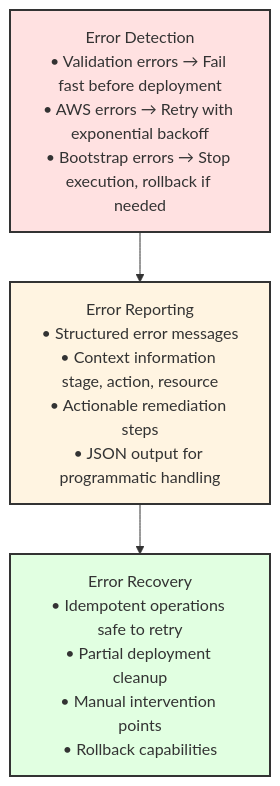
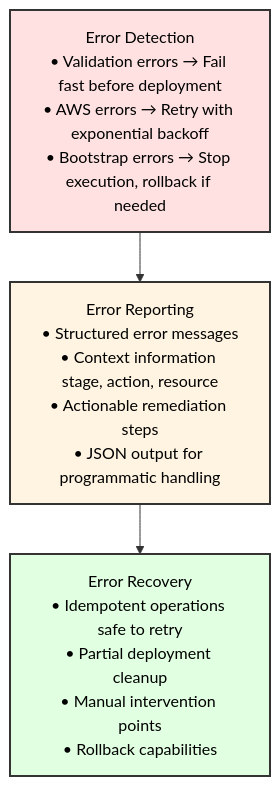
The eighth of 11 diagrams in docs/architecture.md (vasu2856/CICD-for-SageMakerUnifiedStudio-public), drawn with Mermaid before and after one commit. The commit also changed other lines of this file and 24 other files, not shown here.

````diff
--- a/docs/architecture.md
+++ b/docs/architecture.md
@@ -883,10 +895,10 @@
 ```mermaid
 graph TD
     DETECT[Error Detection<br/>• Validation errors → Fail fast before deployment<br/>• AWS errors → Retry with exponential backoff<br/>• Bootstrap errors → Stop execution, rollback if needed]
     DETECT --> REPORT[Error Reporting<br/>• Structured error messages<br/>• Context information stage, action, resource<br/>• Actionable remediation steps<br/>• JSON output for programmatic handling]
     REPORT --> RECOVER[Error Recovery<br/>• Idempotent operations safe to retry<br/>• Partial deployment cleanup<br/>• Manual intervention points<br/>• Rollback capabilities]
     
-    style DETECT fill:#ffe1e1,stroke:#333,stroke-width:2px
-    style REPORT fill:#fff4e1,stroke:#333,stroke-width:2px
-    style RECOVER fill:#e1ffe1,stroke:#333,stroke-width:2px
+    style DETECT fill:#ffe1e1,stroke:#333,stroke-width:2px,color:#000,font-weight:normal
+    style REPORT fill:#fff4e1,stroke:#333,stroke-width:2px,color:#000,font-weight:normal
+    style RECOVER fill:#e1ffe1,stroke:#333,stroke-width:2px,color:#000,font-weight:normal
 ```
````
